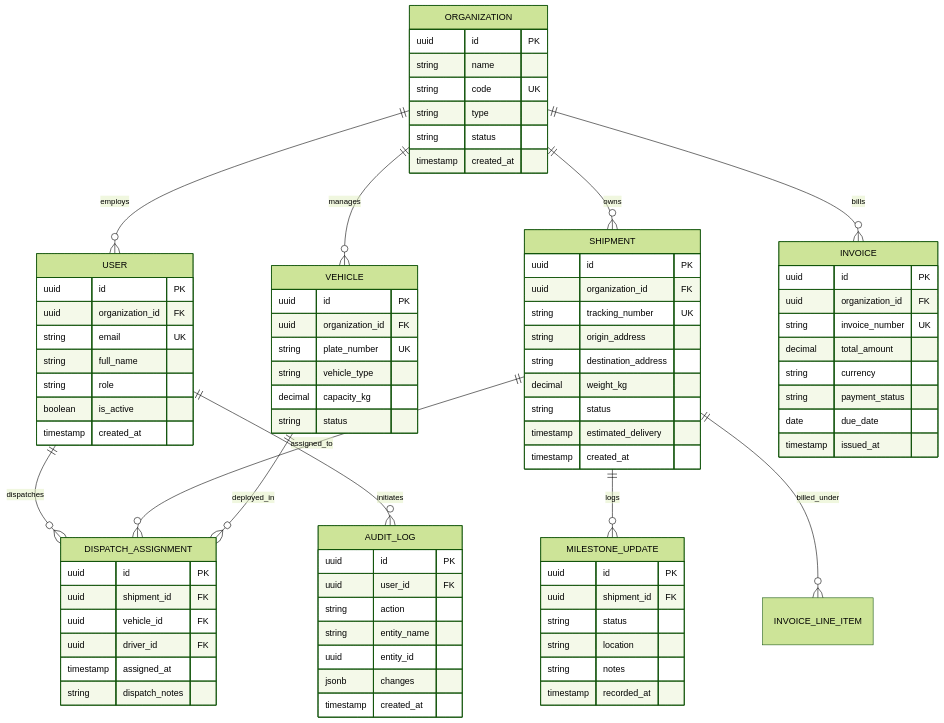
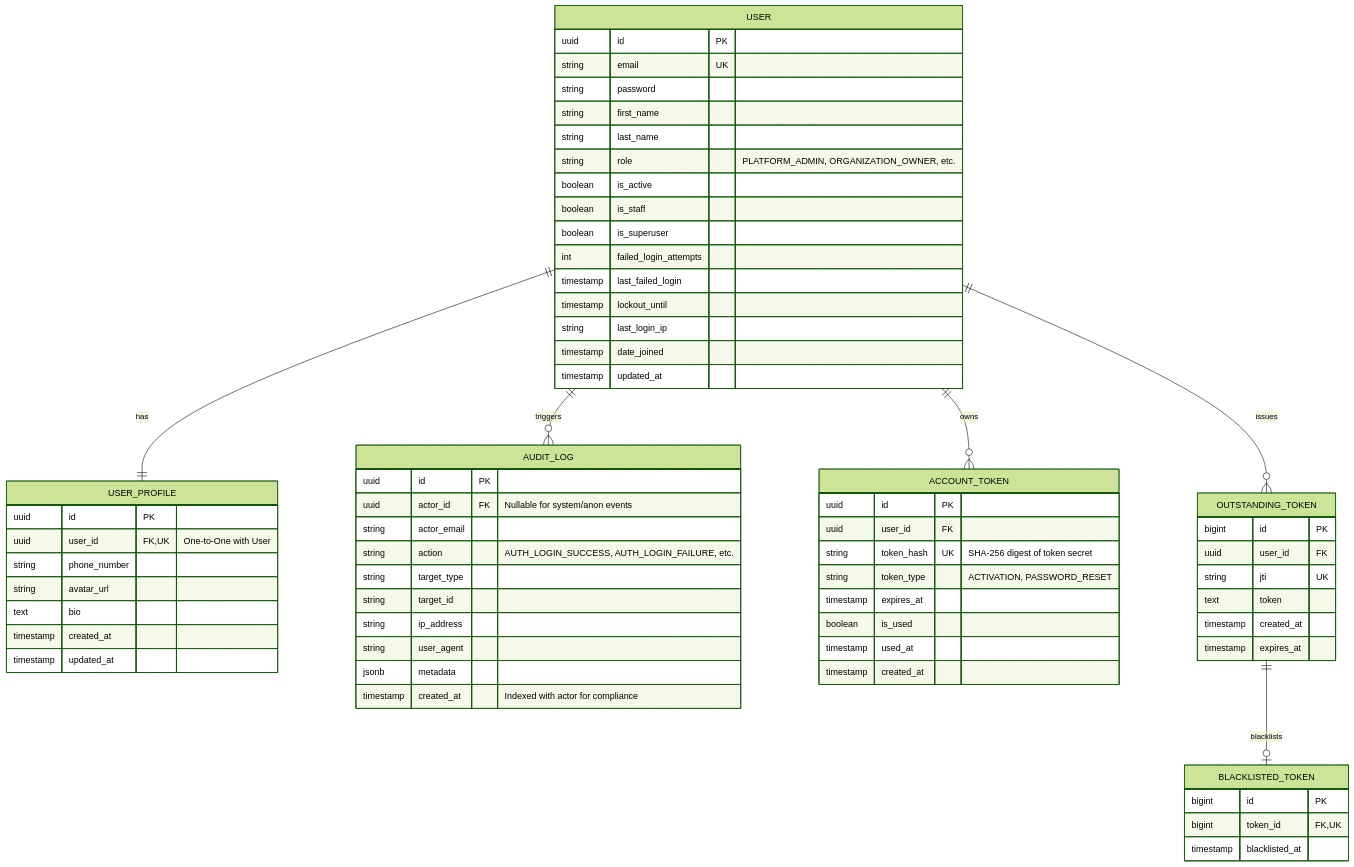
Before and after one commit to V-Balamurugan/logiflows: the diagram in docs/04-database-er/entity-relationship-diagram.md, drawn with Mermaid (forest theme). The commit also changed other lines of this file and 7 other files, not shown here.

Commit message:
docs(phase-01): update SRS, DB ER, role matrix, API docs, ADR-004, and phase report [phase-01]

````diff
--- a/docs/04-database-er/entity-relationship-diagram.md
+++ b/docs/04-database-er/entity-relationship-diagram.md
@@ -6,95 +8,76 @@
 ```mermaid
 erDiagram
-    ORGANIZATION ||--o{ USER : employs
-    ORGANIZATION ||--o{ SHIPMENT : owns
-    ORGANIZATION ||--o{ VEHICLE : manages
-    ORGANIZATION ||--o{ INVOICE : bills
-
-    USER ||--o{ DISPATCH_ASSIGNMENT : dispatches
-    USER ||--o{ AUDIT_LOG : initiates
-
-    SHIPMENT ||--o{ MILESTONE_UPDATE : logs
-    SHIPMENT ||--o{ DISPATCH_ASSIGNMENT : assigned_to
-    SHIPMENT ||--o{ INVOICE_LINE_ITEM : billed_under
-
-    VEHICLE ||--o{ DISPATCH_ASSIGNMENT : deployed_in
-
-    ORGANIZATION {
-        uuid id PK
-        string name
-        string code UK
-        string type
-        string status
-        timestamp created_at
-    }
+    USER ||--|| USER_PROFILE : has
+    USER ||--o{ AUDIT_LOG : triggers
+    USER ||--o{ ACCOUNT_TOKEN : owns
 
     USER {
         uuid id PK
-        uuid organization_id FK
         string email UK
-        string full_name
-        string role
+        string password
+        string first_name
+        string last_name
+        string role "PLATFORM_ADMIN, ORGANIZATION_OWNER, etc."
         boolean is_active
-        timestamp created_at
+        boolean is_staff
+        boolean is_superuser
+        int failed_login_attempts
+        timestamp last_failed_login
+        timestamp lockout_until
+        string last_login_ip
+        timestamp date_joined
+        timestamp updated_at
     }
 
-    SHIPMENT {
+    USER_PROFILE {
         uuid id PK
-        uuid organization_id FK
-        string tracking_number UK
-        string origin_address
-        string destination_address
-        decimal weight_kg
-        string status
-        timestamp estimated_delivery
+        uuid user_id FK,UK "One-to-One with User"
+        string phone_number
+        string avatar_url
+        text bio
         timestamp created_at
-    }
-
-    MILESTONE_UPDATE {
-        uuid id PK
-        uuid shipment_id FK
-        string status
-        string location
-        string notes
-        timestamp recorded_at
-    }
-
-    VEHICLE {
-        uuid id PK
-        uuid organization_id FK
-        string plate_number UK
-        string vehicle_type
-        decimal capacity_kg
-        string status
-    }
-
-    DISPATCH_ASSIGNMENT {
-        uuid id PK
-        uuid shipment_id FK
-        uuid vehicle_id FK
-        uuid driver_id FK
-        timestamp assigned_at
-        string dispatch_notes
-    }
-
-    INVOICE {
-        uuid id PK
-        uuid organization_id FK
-        string invoice_number UK
-        decimal total_amount
-        string currency
-        string payment_status
-        date due_date
-        timestamp issued_at
+        timestamp updated_at
     }
 
     AUDIT_LOG {
         uuid id PK
+        uuid actor_id FK "Nullable for system/anon events"
+        string actor_email
+        string action "AUTH_LOGIN_SUCCESS, AUTH_LOGIN_FAILURE, etc."
+        string target_type
+        string target_id
+        string ip_address
+        string user_agent
+        jsonb metadata
+        timestamp created_at "Indexed with actor for compliance"
+    }
+
+    ACCOUNT_TOKEN {
+        uuid id PK
         uuid user_id FK
-        string action
-        string entity_name
-        uuid entity_id
-        jsonb changes
+        string token_hash UK "SHA-256 digest of token secret"
+        string token_type "ACTIVATION, PASSWORD_RESET"
+        timestamp expires_at
+        boolean is_used
+        timestamp used_at
         timestamp created_at
     }
+
+    OUTSTANDING_TOKEN ||--o| BLACKLISTED_TOKEN : blacklists
+    USER ||--o{ OUTSTANDING_TOKEN : issues
+
+    OUTSTANDING_TOKEN {
+        bigint id PK
+        uuid user_id FK
+        string jti UK
+        text token
+        timestamp created_at
+        timestamp expires_at
+    }
+
+    BLACKLISTED_TOKEN {
+        bigint id PK
+        bigint token_id FK,UK
+        timestamp blacklisted_at
+    }
 ```
````
